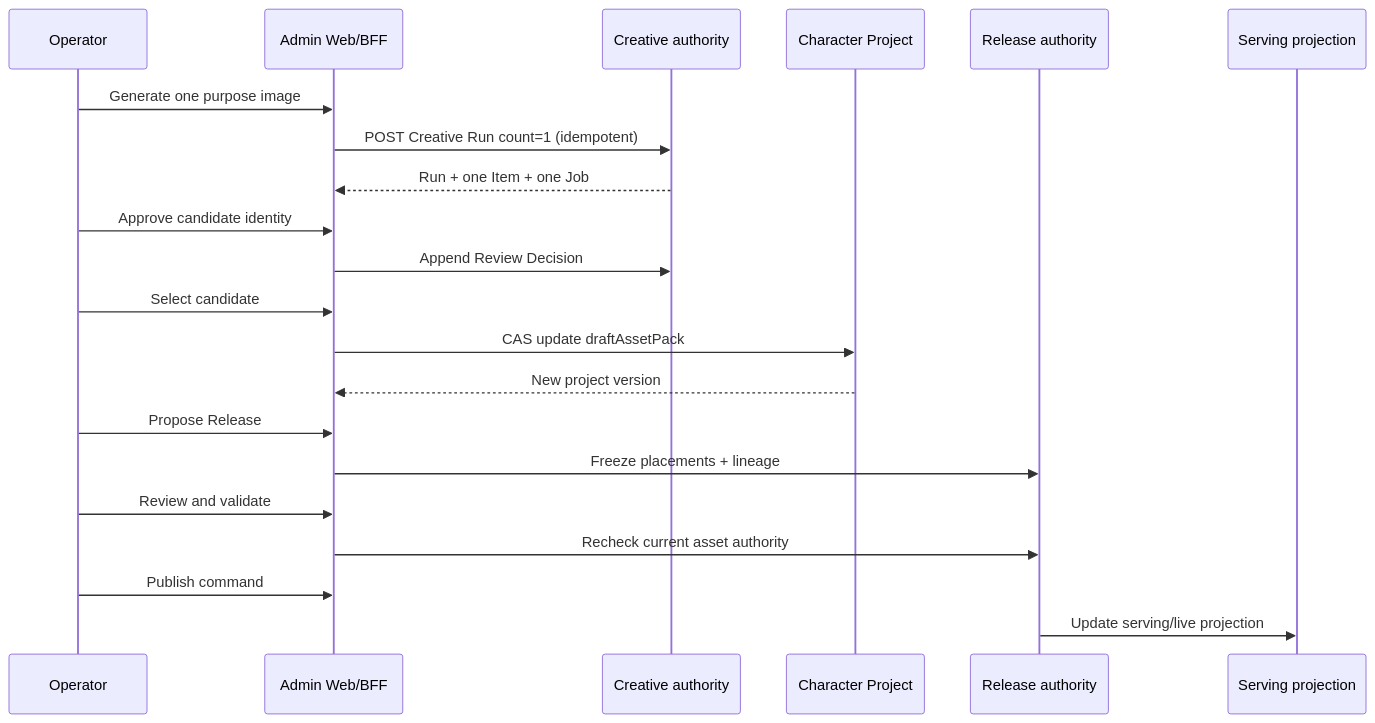
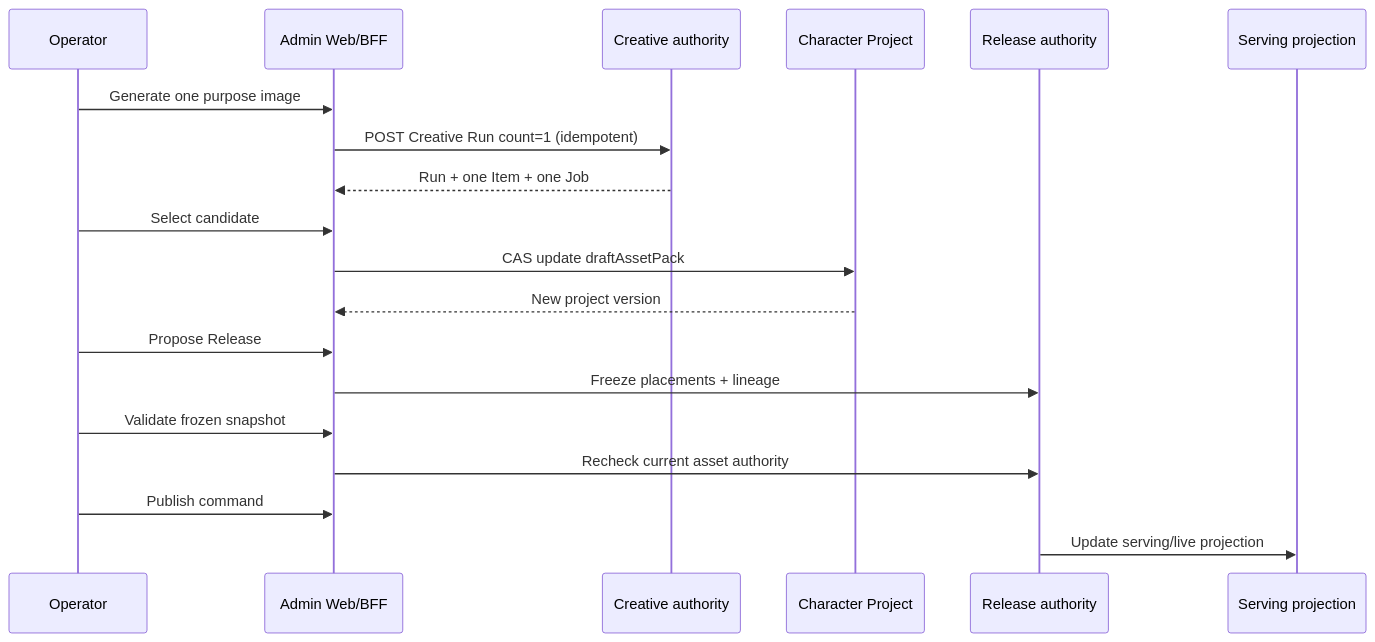
The diagram in docs/architecture/16-character-asset-studio-authority.md (mliu62868/idream), drawn with Mermaid before and after one commit. The commit also changed other lines of this file and 546 other files, not shown here.

Commit message:
Refactor application architecture and simplify implementation

````diff
--- a/docs/architecture/16-character-asset-studio-authority.md
+++ b/docs/architecture/16-character-asset-studio-authority.md
@@ -66,24 +65,22 @@
 ```mermaid
 sequenceDiagram
     participant O as Operator
     participant A as Admin Web/BFF
     participant C as Creative authority
     participant P as Character Project
     participant R as Release authority
     participant S as Serving projection
 
     O->>A: Generate one purpose image
     A->>C: POST Creative Run count=1 (idempotent)
     C-->>A: Run + one Item + one Job
-    O->>A: Approve candidate identity
-    A->>C: Append Review Decision
     O->>A: Select candidate
     A->>P: CAS update draftAssetPack
     P-->>A: New project version
     O->>A: Propose Release
     A->>R: Freeze placements + lineage
-    O->>A: Review and validate
+    O->>A: Validate frozen snapshot
     A->>R: Recheck current asset authority
     O->>A: Publish command
     R->>S: Update serving/live projection
 ```
````
